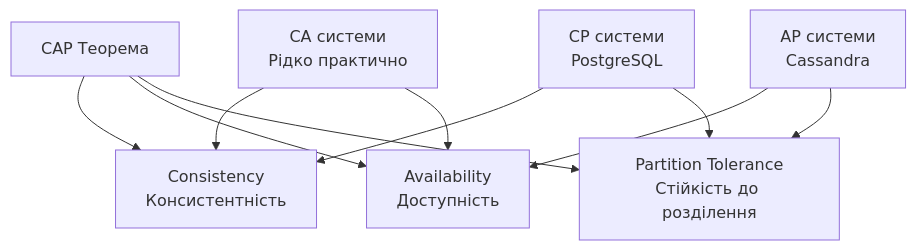
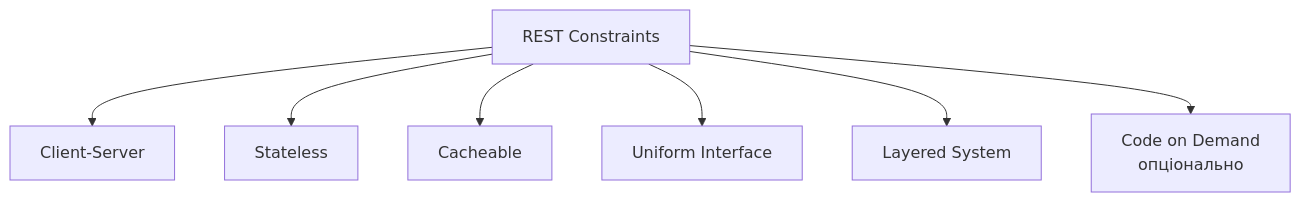
The second of 9 diagrams in docs/presentations/presentation-11.md (olroi421/course-opi), drawn with Mermaid before and after one commit. The commit also changed other lines of this file and 8 other files, not shown here.

````diff
--- a/docs/presentations/presentation-11.md
+++ b/docs/presentations/presentation-11.md
@@ -54,15 +62,9 @@
 ```mermaid
 graph TB
-    A[CAP Теорема] --> B[Consistency<br/>Консистентність]
-    A --> C[Availability<br/>Доступність]
-    A --> D[Partition Tolerance<br/>Стійкість до розділення]
-
-    E[CP системи<br/>PostgreSQL] --> B
-    E --> D
-
-    F[AP системи<br/>Cassandra] --> C
-    F --> D
-
-    G[CA системи<br/>Рідко практично] --> B
-    G --> C
+    A[REST Constraints] --> B[Client-Server]
+    A --> C[Stateless]
+    A --> D[Cacheable]
+    A --> E[Uniform Interface]
+    A --> F[Layered System]
+    A --> G[Code on Demand<br/>опціонально]
 ```
````
